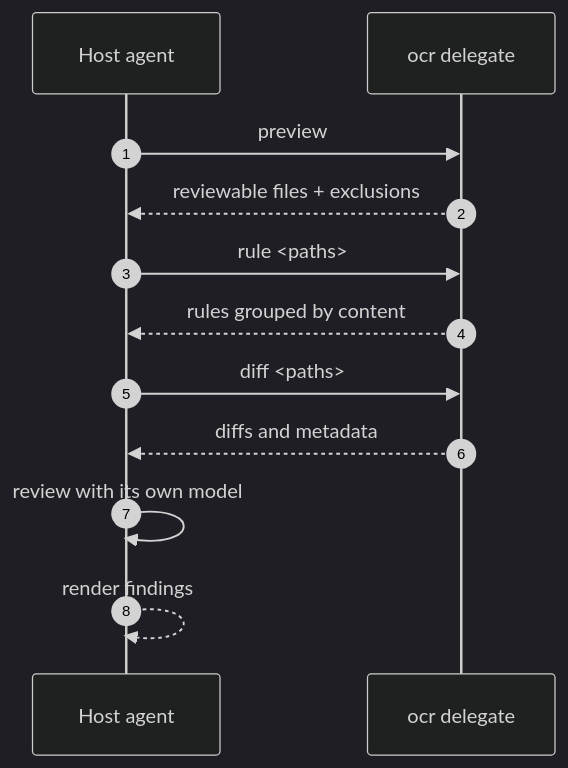
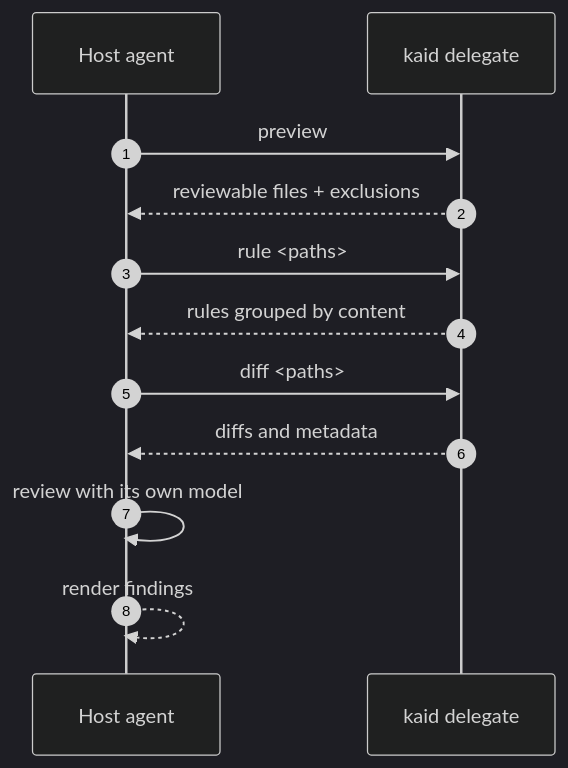
One commit to CHE3MZ/kaid changed the diagram in docs/integrations/delegate.md. Above: the diagram before and after it, drawn with Mermaid (dark theme). The commit also changed other lines of this file and 367 other files, not shown here.

Commit message:
feat: breaking change, renamed the project from ocr ( open code review ) to kaid, this rename includes practically everything being renamed to kaid

````diff
--- a/docs/integrations/delegate.md
+++ b/docs/integrations/delegate.md
@@ -17,15 +17,15 @@
 ```mermaid
 sequenceDiagram
     autonumber
     participant Host as Host agent
-    participant OCR as ocr delegate
+    participant kaid as kaid delegate
 
-    Host->>OCR: preview
-    OCR-->>Host: reviewable files + exclusions
-    Host->>OCR: rule <paths>
-    OCR-->>Host: rules grouped by content
-    Host->>OCR: diff <paths>
-    OCR-->>Host: diffs and metadata
+    Host->>kaid: preview
+    kaid-->>Host: reviewable files + exclusions
+    Host->>kaid: rule <paths>
+    kaid-->>Host: rules grouped by content
+    Host->>kaid: diff <paths>
+    kaid-->>Host: diffs and metadata
     Host->>Host: review with its own model
     Host-->>Host: render findings
 ```
````
